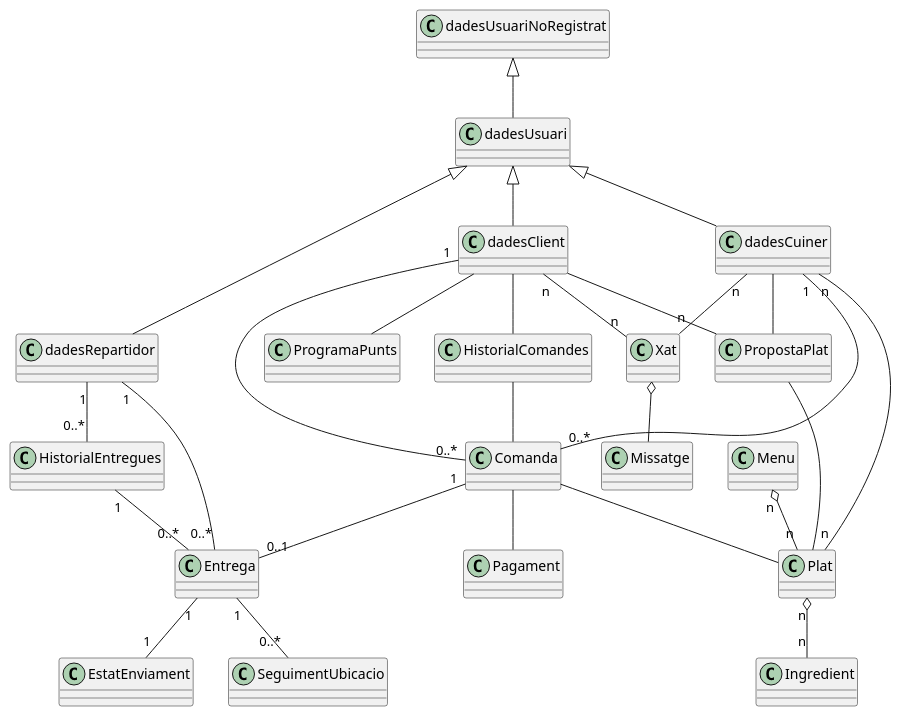
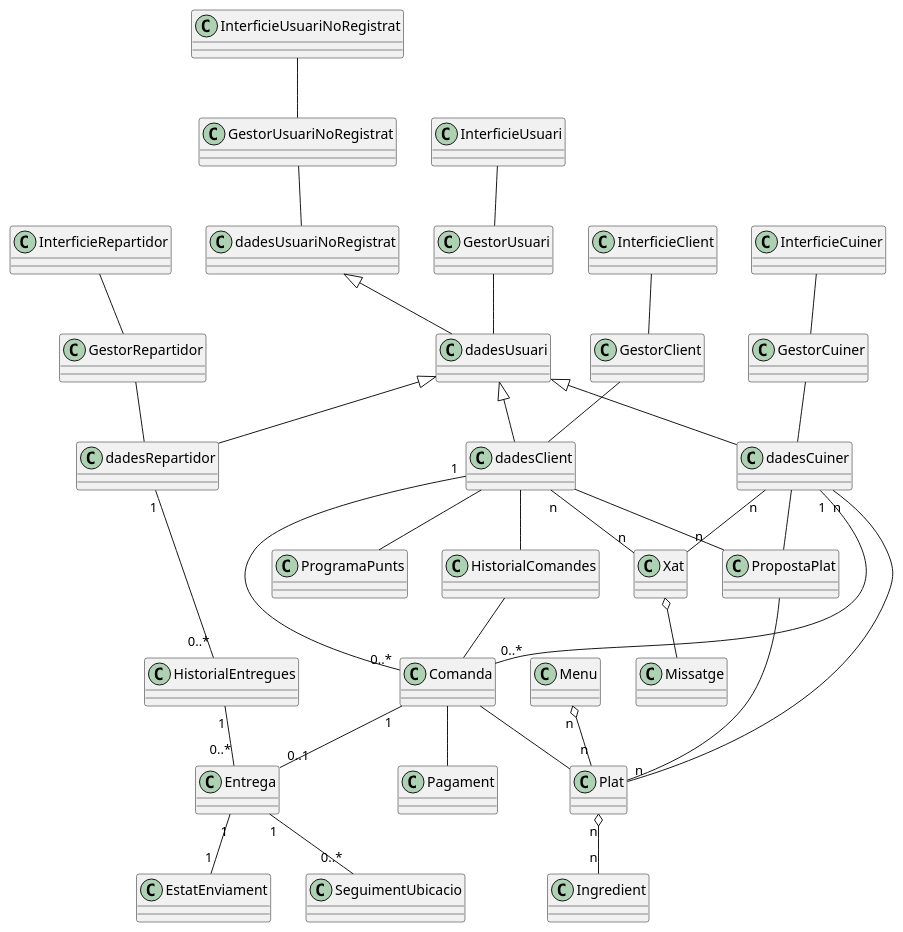
One commit to AndresVT24/ES23UAB-411-5 changed the diagram in others/sprint3/plantuml/general.puml. Above: the diagram before and after it, drawn with PlantUML. The commit also changed 20 other files, not shown here.

```diff
--- a/others/sprint3/plantuml/general.puml
+++ b/others/sprint3/plantuml/general.puml
@@ -1,68 +1,93 @@
 @startuml
 
 class dadesUsuariNoRegistrat
 class dadesUsuari
 class dadesClient
 class dadesCuiner
 class dadesRepartidor
 
 class HistorialComandes
 class ProgramaPunts
 class Comanda
 class PropostaPlat
 class Menu
 class Xat
 class Pagament
 class Entrega
 class Plat
 class Missatge
 class Ingredient
+
+class GestorClient
+class GestorCuiner
+class GestorRepartidor
+class GestorUsuari
+class GestorUsuariNoRegistrat
+
+class InterficieClient
+class InterficieCuiner
+class InterficieRepartidor
+class InterficieUsuari
+class InterficieUsuariNoRegistrat
 
 class HistorialEntregues
 class SeguimentUbicacio
 class EstatEnviament
 
 ' Herencia de usuarios
 dadesUsuariNoRegistrat <|-- dadesUsuari
 dadesUsuari <|-- dadesClient
 dadesUsuari <|-- dadesCuiner
 dadesUsuari <|-- dadesRepartidor
 
 ' Cliente
 dadesClient -- HistorialComandes
 dadesClient -- ProgramaPunts
 dadesClient -- PropostaPlat
 dadesClient "1" -- "0..*" Comanda
 dadesClient "n" -- "n" Xat
 
 HistorialComandes -- Comanda
 
 ' Cuiner
 dadesCuiner -- PropostaPlat
 dadesCuiner "1" -- "0..*" Comanda
 dadesCuiner "n" -- "n" Plat
 dadesCuiner "n" -- "n" Xat
 
 ' Comanda
 Comanda -- Pagament
 Comanda "1" -- "0..1" Entrega
 Comanda -- Plat
 
 ' Plat / Menu / Ingredients
 PropostaPlat -- Plat
 Menu "n" o-- "n" Plat
 Plat "n" o-- "n" Ingredient
 
 ' Xat
 Xat o-- Missatge
 
 ' Repartidor / Entregues
-dadesRepartidor "1" -- "0..*" Entrega
 dadesRepartidor "1" -- "0..*" HistorialEntregues
 
 HistorialEntregues "1" -- "0..*" Entrega
 
 Entrega "1" -- "0..*" SeguimentUbicacio
 Entrega "1" -- "1" EstatEnviament
 
+' Gestor
+GestorClient -- dadesClient
+GestorCuiner -- dadesCuiner
+GestorRepartidor -- dadesRepartidor
+GestorUsuari -- dadesUsuari
+GestorUsuariNoRegistrat -- dadesUsuariNoRegistrat
+
+' Interficie
+InterficieClient -- GestorClient
+InterficieCuiner -- GestorCuiner
+InterficieRepartidor -- GestorRepartidor
+InterficieUsuari -- GestorUsuari
+InterficieUsuariNoRegistrat -- GestorUsuariNoRegistrat
+
 @enduml
```
